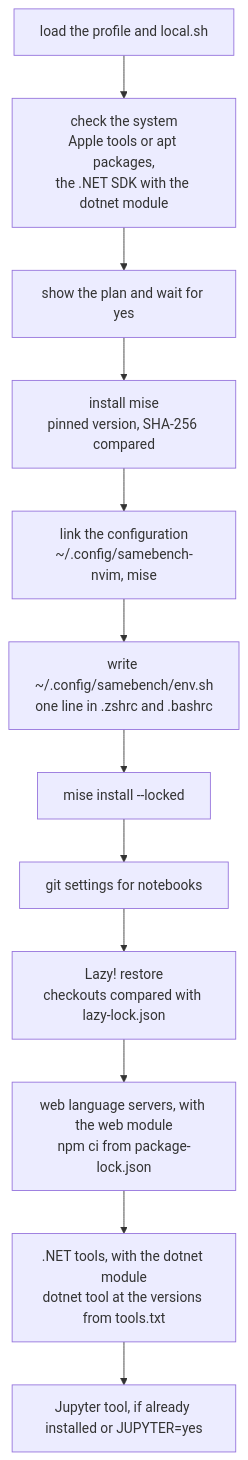
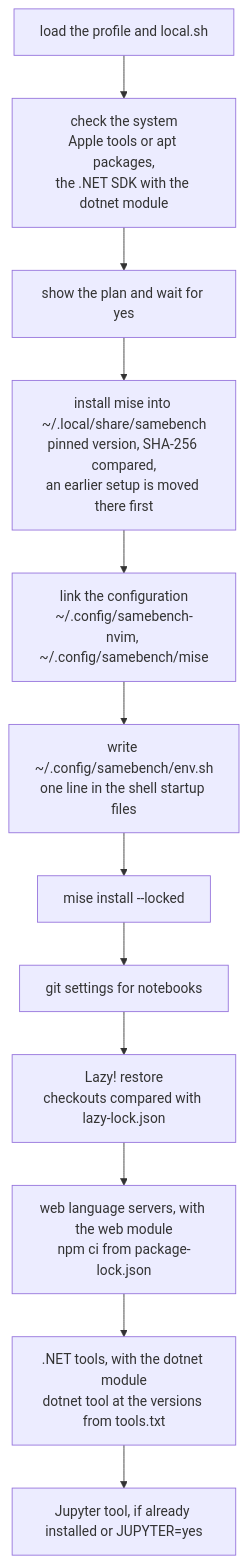
Before and after one commit to TechSiggi/samebench: the diagram in docs/architecture.md, drawn with Mermaid. The commit also changed other lines of this file and 14 other files, not shown here.

````diff
--- a/docs/architecture.md
+++ b/docs/architecture.md
@@ -61,14 +62,14 @@
 ```mermaid
 flowchart TD
     A["load the profile and local.sh"] --> B["check the system<br/>Apple tools or apt packages,<br/>the .NET SDK with the dotnet module"]
     B --> C["show the plan and wait for yes"]
-    C --> D["install mise<br/>pinned version, SHA-256 compared"]
-    D --> E["link the configuration<br/>~/.config/samebench-nvim, mise"]
-    E --> F["write ~/.config/samebench/env.sh<br/>one line in .zshrc and .bashrc"]
+    C --> D["install mise into ~/.local/share/samebench<br/>pinned version, SHA-256 compared,<br/>an earlier setup is moved there first"]
+    D --> E["link the configuration<br/>~/.config/samebench-nvim, ~/.config/samebench/mise"]
+    E --> F["write ~/.config/samebench/env.sh<br/>one line in the shell startup files"]
     F --> G["mise install --locked"]
     G --> H["git settings for notebooks"]
     H --> I["Lazy! restore<br/>checkouts compared with lazy-lock.json"]
     I --> K["web language servers, with the web module<br/>npm ci from package-lock.json"]
     K --> L[".NET tools, with the dotnet module<br/>dotnet tool at the versions from tools.txt"]
     L --> J["Jupyter tool, if already installed or JUPYTER=yes"]
 ```
````
